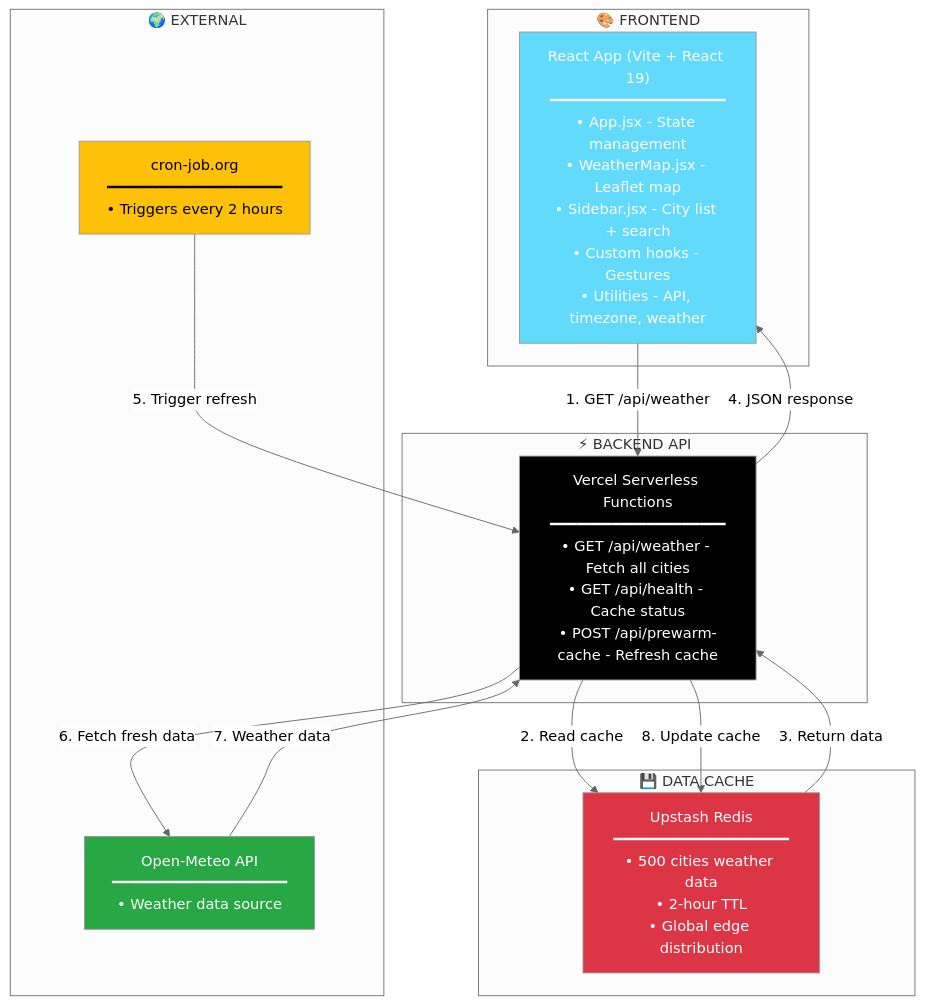
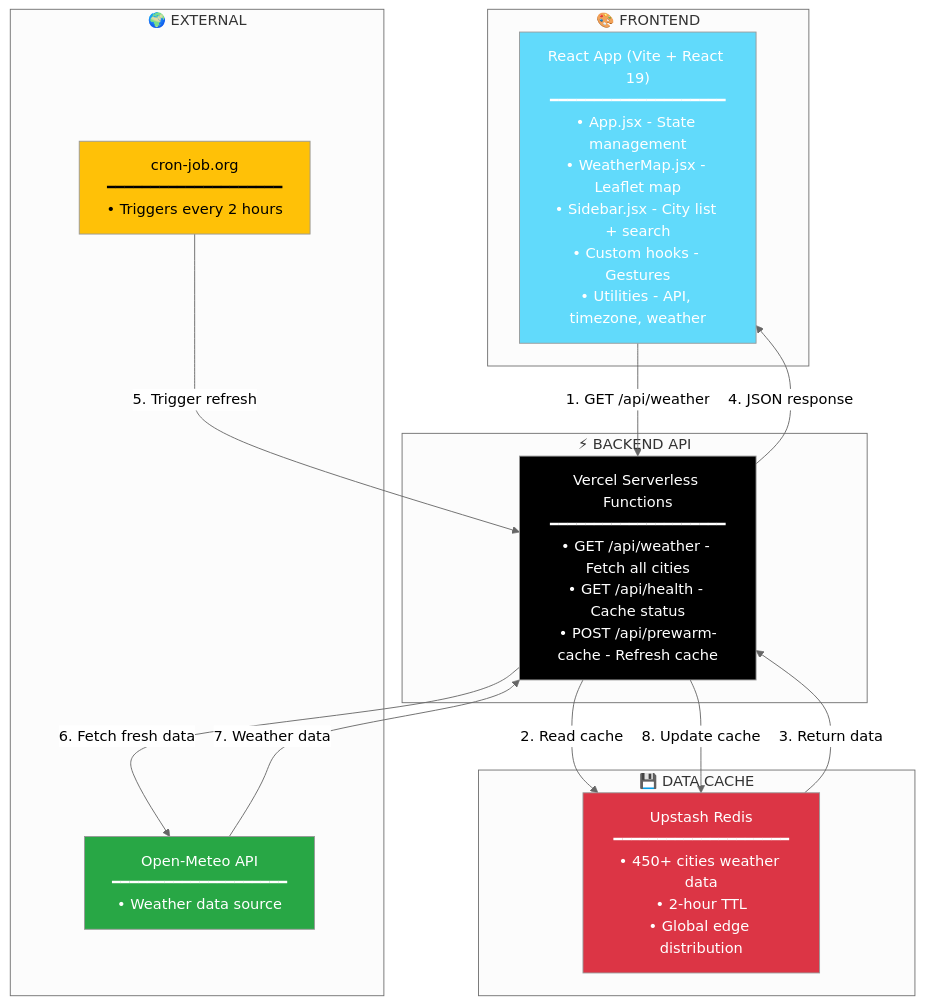
One commit to Divyansh72144/liveweather changed the diagram in README.md. Above: the diagram before and after it, drawn with Mermaid (neutral theme). The commit also changed other lines of this file and 4 other files, not shown here.

````diff
--- a/README.md
+++ b/README.md
@@ -7,35 +7,35 @@
 ```mermaid
 graph TB
     subgraph FRONTEND ["🎨 FRONTEND"]
         APP["React App (Vite + React 19)<br/>━━━━━━━━━━━━━━━━━━━━<br/>• App.jsx - State management<br/>• WeatherMap.jsx - Leaflet map<br/>• Sidebar.jsx - City list + search<br/>• Custom hooks - Gestures<br/>• Utilities - API, timezone, weather"]
     end
 
     subgraph BACKEND ["⚡ BACKEND API"]
         API["Vercel Serverless Functions<br/>━━━━━━━━━━━━━━━━━━━━<br/>• GET /api/weather - Fetch all cities<br/>• GET /api/health - Cache status<br/>• POST /api/prewarm-cache - Refresh cache"]
     end
 
     subgraph CACHE ["💾 DATA CACHE"]
-        REDIS["Upstash Redis<br/>━━━━━━━━━━━━━━━━━━━━<br/>• 500 cities weather data<br/>• 2-hour TTL<br/>• Global edge distribution"]
+        REDIS["Upstash Redis<br/>━━━━━━━━━━━━━━━━━━━━<br/>• 450+ cities weather data<br/>• 2-hour TTL<br/>• Global edge distribution"]
     end
 
     subgraph EXTERNAL ["🌍 EXTERNAL"]
         OPEN["Open-Meteo API<br/>━━━━━━━━━━━━━━━━━━━━<br/>• Weather data source"]
         CRON["cron-job.org<br/>━━━━━━━━━━━━━━━━━━━━<br/>• Triggers every 2 hours"]
     end
 
     APP -->|"1. GET /api/weather"| API
     API -->|"2. Read cache"| REDIS
     REDIS -->|"3. Return data"| API
     API -->|"4. JSON response"| APP
 
     CRON -->|"5. Trigger refresh"| API
     API -->|"6. Fetch fresh data"| OPEN
     OPEN -->|"7. Weather data"| API
     API -->|"8. Update cache"| REDIS
 
     style APP fill:#61dafb,color:#fff
     style API fill:#000,color:#fff
     style REDIS fill:#dc3545,color:#fff
     style OPEN fill:#28a745,color:#fff
     style CRON fill:#ffc107,color:#000
 ```
````
